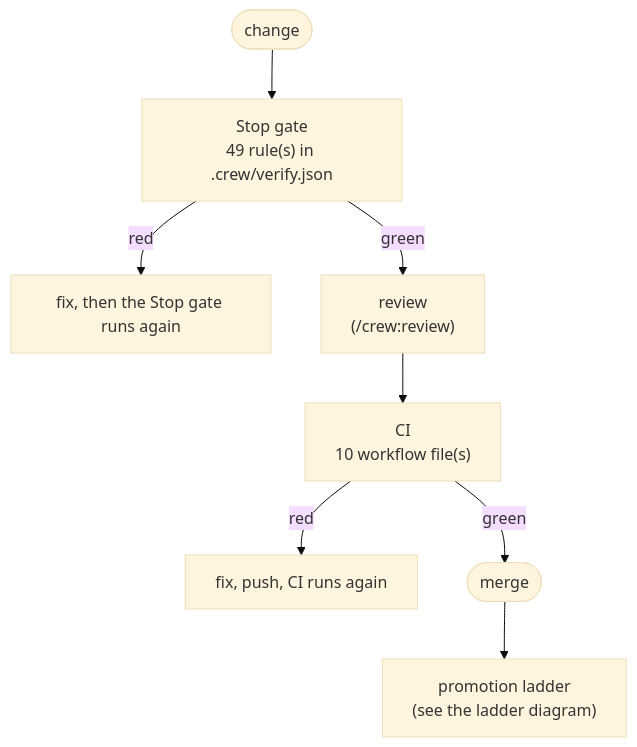
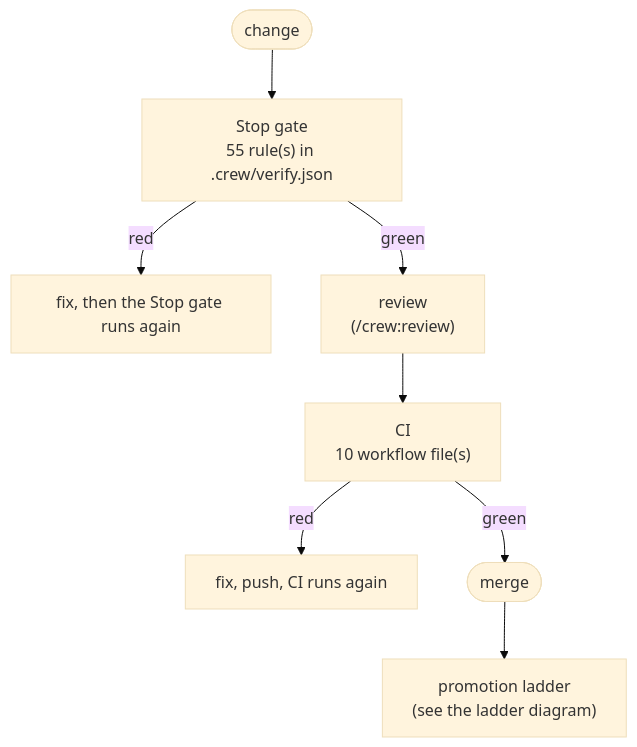
The diagram in docs/diagrams/process-qa-gates.mmd (mbadali25/useful-claude-add-ons), drawn with Mermaid (base theme) before and after one commit. The commit also changed 16 other files, not shown here.

```diff
--- a/docs/diagrams/process-qa-gates.mmd
+++ b/docs/diagrams/process-qa-gates.mmd
@@ -1,12 +1,12 @@
-%% anchor: useful-claude-add-ons@c5fd58de
+%% anchor: useful-claude-add-ons@2066f9fd
 %% Anchors: .crew/verify.json, .github/workflows/instruction-budgets.yml, .github/workflows/marketplace.yml, .github/workflows/mcp-servers.yml, .github/workflows/plugin-evals.yml, .github/workflows/publish-mcp-servers.yml, .github/workflows/pylint.yml, .github/workflows/pytest-crew.yml, .github/workflows/runner-autostart.yml, .github/workflows/shell-suites.yml, .github/workflows/verify-gate.yml
-%% generated by crew qa_doc.py on 2026-10-03. Verify before trusting.
+%% generated by crew qa_doc.py on 2026-10-04. Verify before trusting.
 flowchart TD
-  edit(["change"]) --> stop["Stop gate<br/>49 rule(s) in .crew/verify.json"]
+  edit(["change"]) --> stop["Stop gate<br/>55 rule(s) in .crew/verify.json"]
   stop -->|red| fix1["fix, then the Stop gate runs again"]
   stop -->|green| review["review<br/>(/crew:review)"]
   review --> ci["CI<br/>10 workflow file(s)"]
   ci -->|red| fix2["fix, push, CI runs again"]
   ci -->|green| merge(["merge"])
   merge --> ladder["promotion ladder<br/>(see the ladder diagram)"]
   classDef gap stroke:#c0392b,stroke-width:2px,stroke-dasharray:4 3
```
